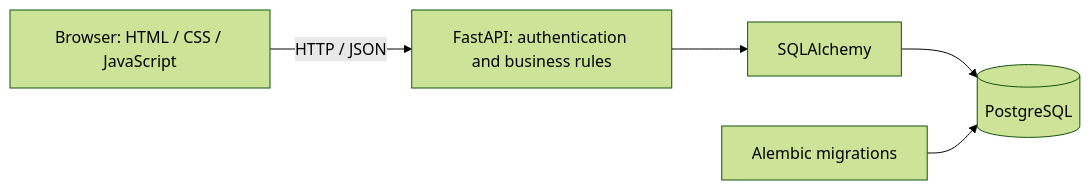
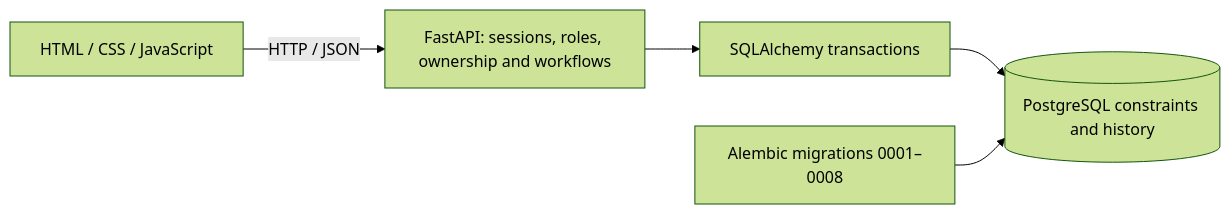
Before and after one commit to AhmdSahilNr/PetOps: the diagram in README.md, drawn with Mermaid (forest theme). The commit also changed other lines of this file and 42 other files, not shown here.

````diff
--- a/README.md
+++ b/README.md
@@ -61,7 +40,7 @@
 ```mermaid
 flowchart LR
-    Browser[Browser: HTML / CSS / JavaScript] -->|HTTP / JSON| API[FastAPI: authentication and business rules]
-    API --> ORM[SQLAlchemy]
-    ORM --> DB[(PostgreSQL)]
-    Migrations[Alembic migrations] --> DB
+    Browser[HTML / CSS / JavaScript] -->|HTTP / JSON| API[FastAPI: sessions, roles, ownership and workflows]
+    API --> ORM[SQLAlchemy transactions]
+    ORM --> DB[(PostgreSQL constraints and history)]
+    Alembic[Alembic migrations 0001–0008] --> DB
 ```
````
